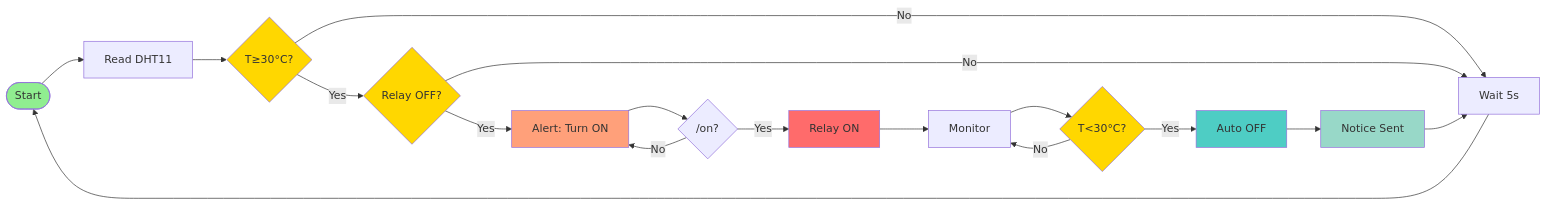
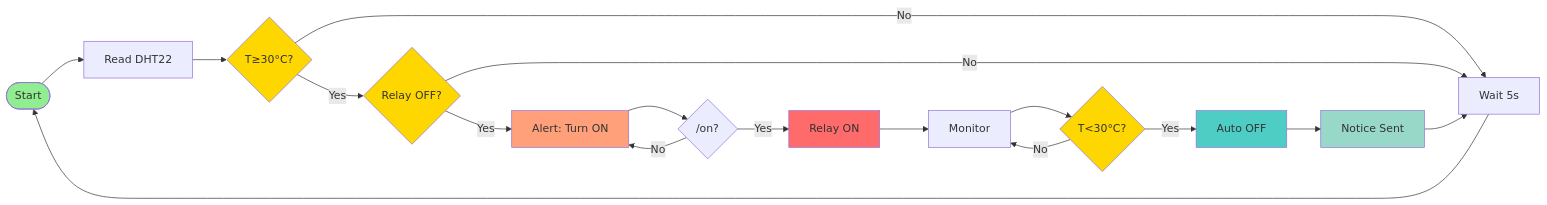
One commit to nXuuuu/IoT-003_Group9 changed the diagram in lab1/README_1.md. Above: the diagram before and after it, drawn with Mermaid.

Commit message:
Update flowchart to use DHT22 instead of DHT11

````diff
--- a/lab1/README_1.md
+++ b/lab1/README_1.md
@@ -79,28 +79,28 @@
 ```mermaid
   flowchart LR
-      Start([Start]) --> Read[Read DHT11]
+      Start([Start]) --> Read[Read DHT22]
       Read --> T{T≥30°C?}
       T -->|No| Wait[Wait 5s]
       T -->|Yes| R{Relay OFF?}
       R -->|No| Wait
       R -->|Yes| Alert[Alert: Turn ON]
       Alert --> Cmd{/on?}
       Cmd -->|No| Alert
       Cmd -->|Yes| On[Relay ON]
       On --> Mon[Monitor]
       Mon --> Drop{T<30°C?}
       Drop -->|No| Mon
       Drop -->|Yes| Off[Auto OFF]
       Off --> Notice[Notice Sent]
       Notice --> Wait
       Wait --> Start
       
       style Start fill:#90EE90
       style T fill:#FFD700
       style R fill:#FFD700
       style Drop fill:#FFD700
       style On fill:#FF6B6B
       style Off fill:#4ECDC4
       style Alert fill:#FFA07A
       style Notice fill:#98D8C8
 ```
````
